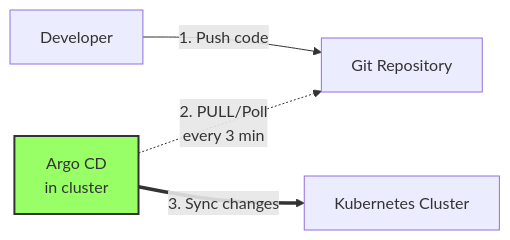
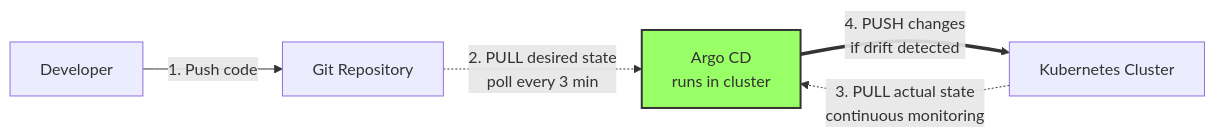
Before and after one commit to eislab-cps/m7011e: the second of 3 diagrams in 6-argocd-gitops/README.md, drawn with Mermaid. The commit also changed other lines of this file, not shown here.

````diff
--- a/6-argocd-gitops/README.md
+++ b/6-argocd-gitops/README.md
@@ -30,9 +31,9 @@
 ```mermaid
 flowchart LR
     Dev[Developer] -->|1. Push code| Git[Git Repository]
-    ArgoCD[Argo CD<br/>in cluster]
-    ArgoCD -.->|2. PULL/Poll<br/>every 3 min| Git
-    ArgoCD ==>|3. Sync changes| K8s[Kubernetes Cluster]
+    Git -.->|2. PULL desired state<br/>poll every 3 min| ArgoCD[Argo CD<br/>runs in cluster]
+    K8s[Kubernetes Cluster] -.->|3. PULL actual state<br/>continuous monitoring| ArgoCD
+    ArgoCD ==>|4. PUSH changes<br/>if drift detected| K8s
 
     style ArgoCD fill:#9f6,stroke:#333,stroke-width:2px
 ```
````
